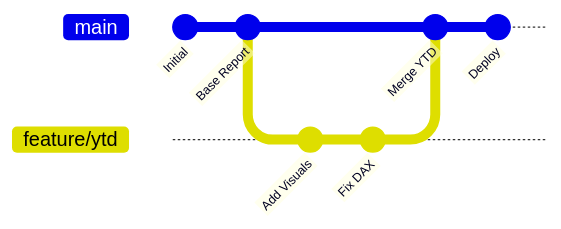
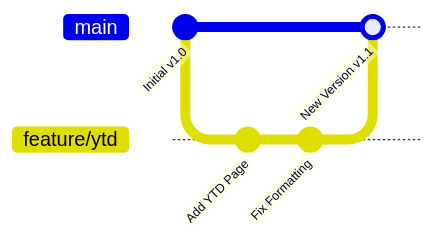
The second of 3 diagrams in git-basics-deep-dive.md (jramshur/powerbi-devops-guide), drawn with Mermaid before and after one commit. The commit also changed other lines of this file and 3 other files, not shown here.

````diff
--- a/git-basics-deep-dive.md
+++ b/git-basics-deep-dive.md
@@ -39,12 +52,10 @@
 ```mermaid
 gitGraph
-   commit id: "Initial"
-   commit id: "Base Report"
+   commit id: "Initial v1.0"
    branch feature/ytd
    checkout feature/ytd
-   commit id: "Add Visuals"
-   commit id: "Fix DAX"
+   commit id: "Add YTD Page"
+   commit id: "Fix Formatting"
    checkout main
-   merge feature/ytd id: "Merge YTD" type: NORMAL
-   commit id: "Deploy"
+   merge feature/ytd id: "New Version v1.1"
 ```
````
